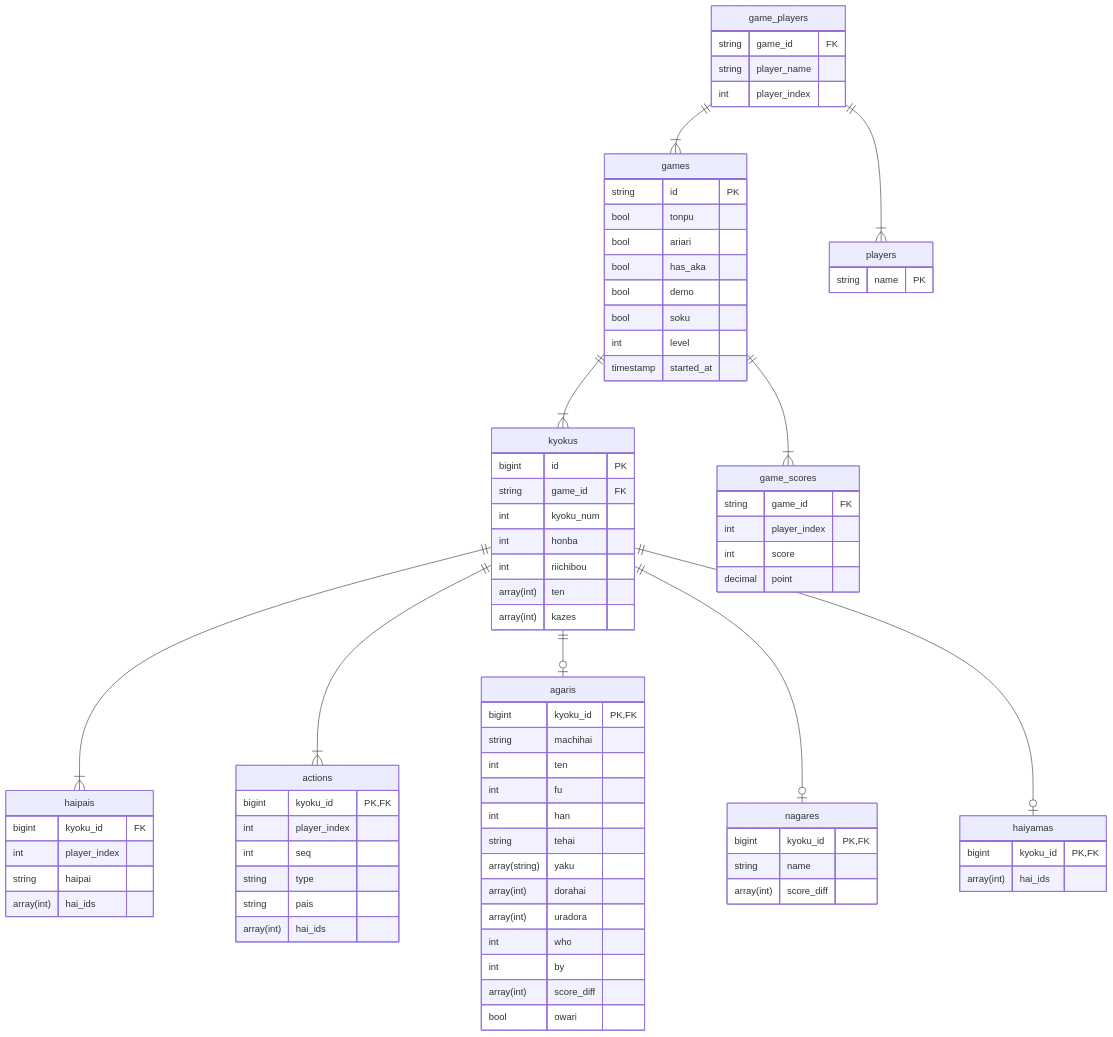
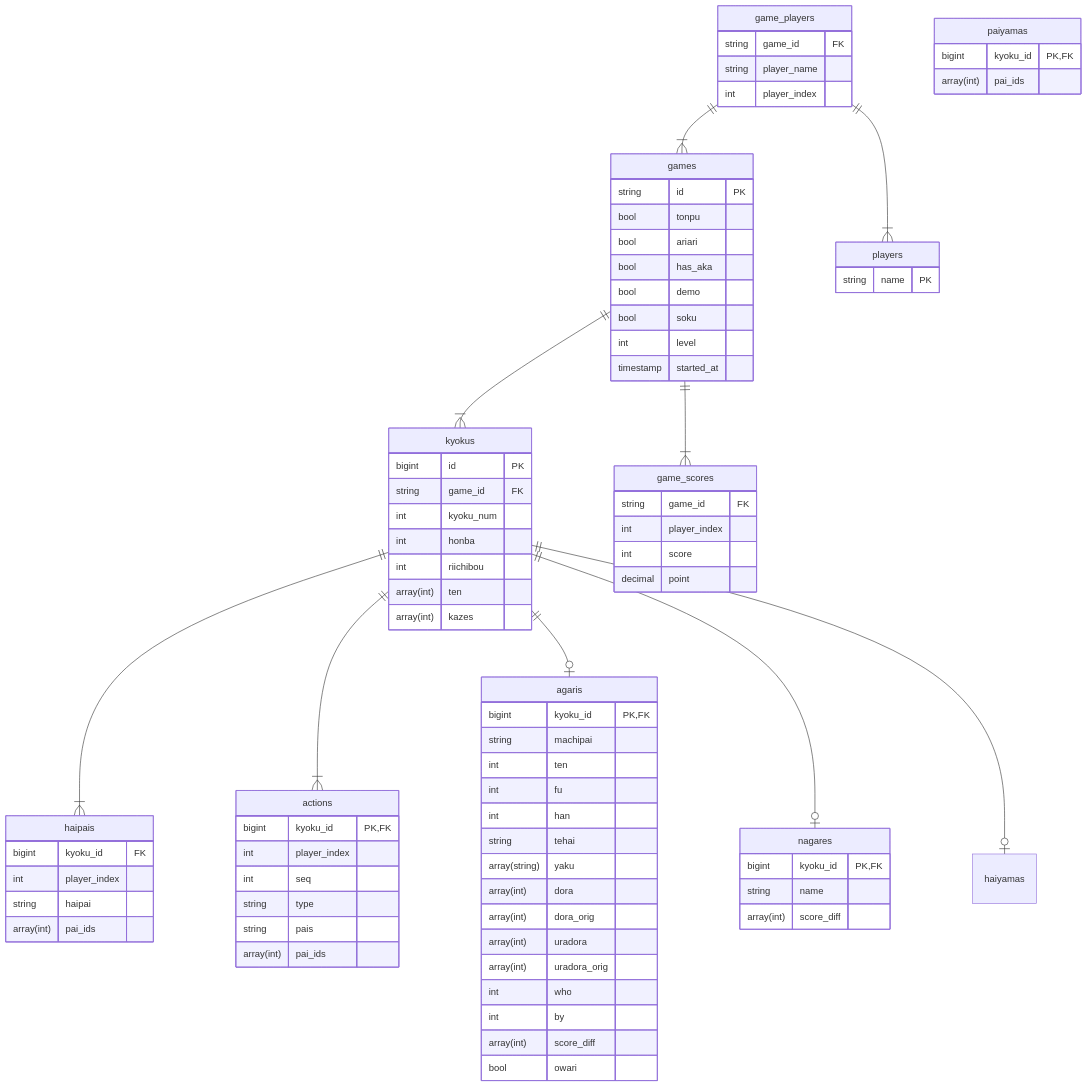
Before and after one commit to kackyt/mahjong-etl: the diagram in er/mahjong.md, drawn with Mermaid. The commit also changed 3 other files, not shown here.

```diff
--- a/er/mahjong.md
+++ b/er/mahjong.md
@@ -23,16 +23,16 @@
     array(int) kazes
   }
 
-  haiyamas {
+  paiyamas {
     bigint kyoku_id PK,FK
-    array(int) hai_ids
+    array(int) pai_ids
   }
 
   haipais {
     bigint kyoku_id FK
     int player_index
     string haipai
-    array(int) hai_ids
+    array(int) pai_ids
   }
 
   actions {
@@ -41,19 +41,21 @@
     int seq
     string type
     string pais
-    array(int) hai_ids
+    array(int) pai_ids
   }
 
   agaris {
     bigint kyoku_id PK,FK
-    string machihai
+    string machipai
     int ten
     int fu
     int han
     string tehai
     array(string) yaku
-    array(int) dorahai
+    array(int) dora
+    array(int) dora_orig
     array(int) uradora
+    array(int) uradora_orig
     int who
     int by
     array(int) score_diff
```
